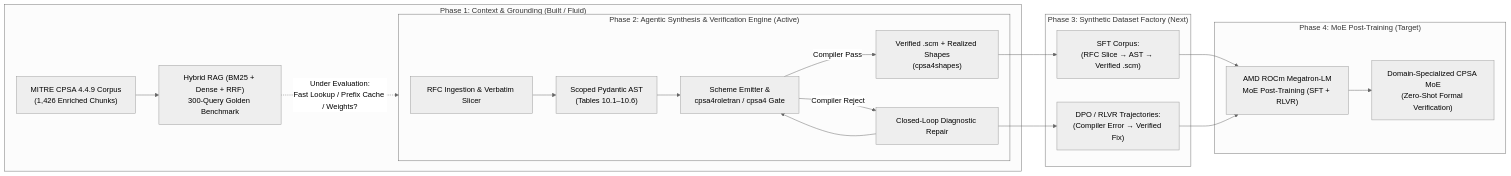
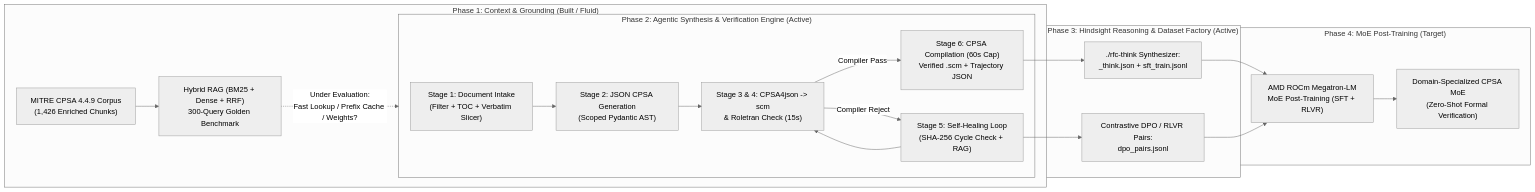
Before and after one commit to mariobx/RFC-LLM: the diagram in README.md, drawn with Mermaid (neutral theme). The commit also changed other lines of this file and 72 other files, not shown here.

````diff
--- a/README.md
+++ b/README.md
@@ -12,25 +12,25 @@
 ```mermaid
 flowchart LR
     subgraph P1["Phase 1: Context & Grounding (Built / Fluid)"]
         R1["MITRE CPSA 4.4.9 Corpus\n(1,426 Enriched Chunks)"] --> R2["Hybrid RAG (BM25 + Dense + RRF)\n300-Query Golden Benchmark"]
         R2 -. "Under Evaluation:\nFast Lookup / Prefix Cache / Weights?" .-> P2
     end
 
     subgraph P2["Phase 2: Agentic Synthesis & Verification Engine (Active)"]
-        A1["RFC Ingestion & Verbatim Slicer"] --> A2["Scoped Pydantic AST\n(Tables 10.1–10.6)"]
-        A2 --> A3["Scheme Emitter &\ncpsa4roletran / cpsa4 Gate"]
-        A3 -->|Compiler Reject| A4["Closed-Loop Diagnostic Repair"]
+        A1["Stage 1: Document Intake\n(Filter + TOC + Verbatim Slicer)"] --> A2["Stage 2: JSON CPSA Generation\n(Scoped Pydantic AST)"]
+        A2 --> A3["Stage 3 & 4: CPSA4json -> scm\n& Roletran Check (15s)"]
+        A3 -->|Compiler Reject| A4["Stage 5: Self-Healing Loop\n(SHA-256 Cycle Check + RAG)"]
         A4 --> A3
-        A3 -->|Compiler Pass| A5["Verified .scm + Realized Shapes\n(cpsa4shapes)"]
+        A3 -->|Compiler Pass| A5["Stage 6: CPSA Compilation (60s Cap)\nVerified .scm + Trajectory JSON"]
     end
 
-    subgraph P3["Phase 3: Synthetic Dataset Factory (Next)"]
-        A5 --> D1["SFT Corpus:\n(RFC Slice → AST → Verified .scm)"]
-        A4 --> D2["DPO / RLVR Trajectories:\n(Compiler Error → Verified Fix)"]
+    subgraph P3["Phase 3: Hindsight Reasoning & Dataset Factory (Active)"]
+        A5 --> D1["./rfc-think Synthesizer:\n<protocol>_think.json + sft_train.jsonl"]
+        A4 --> D2["Contrastive DPO / RLVR Pairs:\ndpo_pairs.jsonl"]
     end
 
     subgraph P4["Phase 4: MoE Post-Training (Target)"]
         D1 & D2 --> M1["AMD ROCm Megatron-LM\nMoE Post-Training (SFT + RLVR)"]
         M1 --> M2["Domain-Specialized CPSA MoE\n(Zero-Shot Formal Verification)"]
     end
 ```
````
